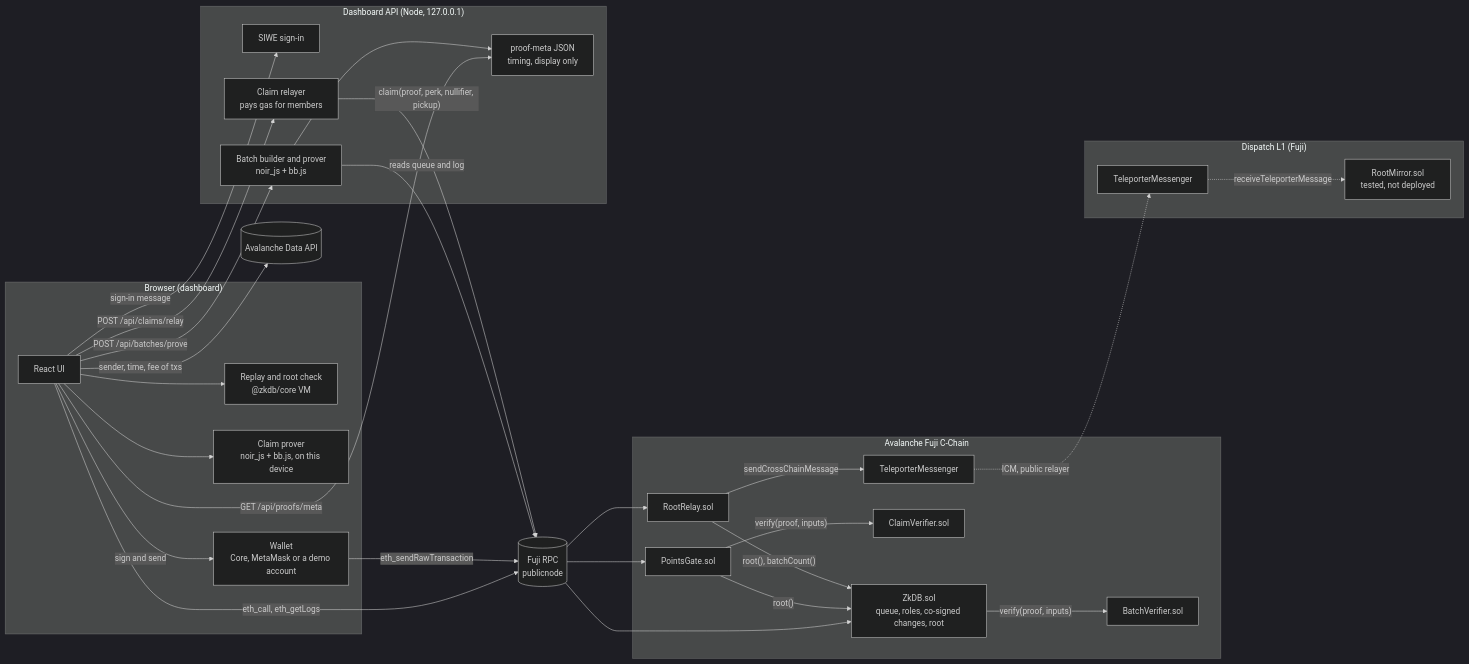
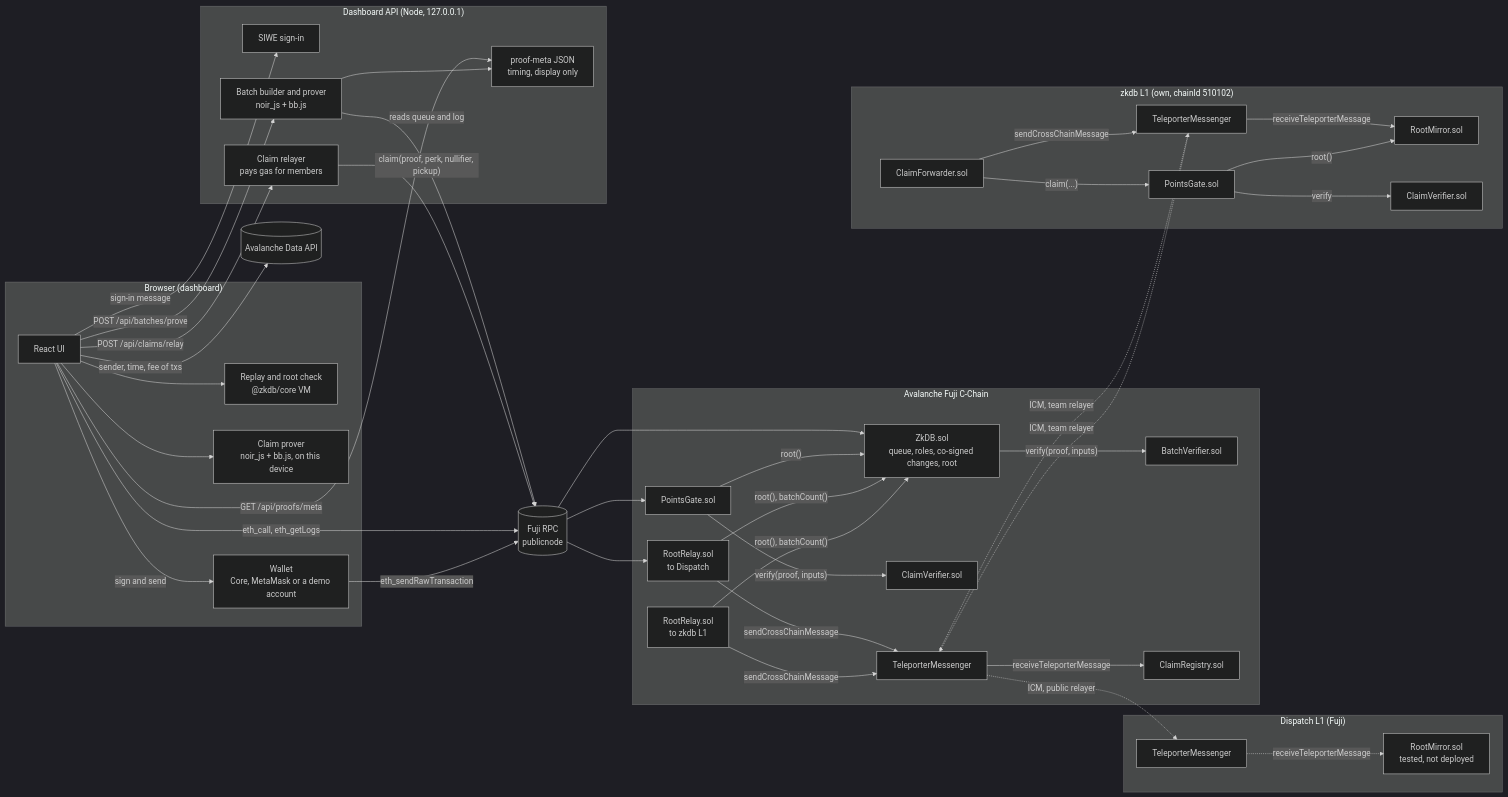
One commit to onlyvu/zkdb changed the first of 8 diagrams in docs/ARCHITECTURE.md. Above: the diagram before and after it, drawn with Mermaid (dark theme). The commit also changed other lines of this file and 36 other files, not shown here.

````diff
--- a/docs/ARCHITECTURE.md
+++ b/docs/ARCHITECTURE.md
@@ -17,53 +17,72 @@
 ```mermaid
 flowchart LR
   subgraph Browser["Browser (dashboard)"]
     UI["React UI"]
     Replay["Replay and root check<br/>@zkdb/core VM"]
     ClaimProver["Claim prover<br/>noir_js + bb.js, on this device"]
     Wallet["Wallet<br/>Core, MetaMask or a demo account"]
   end
   subgraph Server["Dashboard API (Node, 127.0.0.1)"]
     Auth["SIWE sign-in"]
     Prover["Batch builder and prover<br/>noir_js + bb.js"]
     Relayer["Claim relayer<br/>pays gas for members"]
     Meta["proof-meta JSON<br/>timing, display only"]
   end
   RPC[("Fuji RPC<br/>publicnode")]
   Glacier[("Avalanche Data API")]
   subgraph Fuji["Avalanche Fuji C-Chain"]
     ZkDB["ZkDB.sol<br/>queue, roles, co-signed changes, root"]
     BV["BatchVerifier.sol"]
     Gate["PointsGate.sol"]
     CV["ClaimVerifier.sol"]
-    Relay["RootRelay.sol"]
+    Relay["RootRelay.sol<br/>to Dispatch"]
+    RelayL1["RootRelay.sol<br/>to zkdb L1"]
+    Registry["ClaimRegistry.sol"]
     TP1["TeleporterMessenger"]
+  end
+  subgraph School["zkdb L1 (own, chainId 510102)"]
+    TP3["TeleporterMessenger"]
+    MirrorL1["RootMirror.sol"]
+    GateL1["PointsGate.sol"]
+    CVL1["ClaimVerifier.sol"]
+    Fwd["ClaimForwarder.sol"]
   end
   subgraph Dispatch["Dispatch L1 (Fuji)"]
     TP2["TeleporterMessenger"]
     Mirror["RootMirror.sol<br/>tested, not deployed"]
   end
 
   UI -->|"eth_call, eth_getLogs"| RPC
   UI -->|"sender, time, fee of txs"| Glacier
   UI --> Replay
   UI --> ClaimProver
   UI -->|"sign and send"| Wallet
   Wallet -->|"eth_sendRawTransaction"| RPC
   UI -->|"POST /api/batches/prove"| Prover
   UI -->|"POST /api/claims/relay"| Relayer
   UI -->|"sign-in message"| Auth
   UI -->|"GET /api/proofs/meta"| Meta
   Prover -->|"reads queue and log"| RPC
   Prover --> Meta
   Relayer -->|"claim(proof, perk, nullifier, pickup)"| RPC
   RPC --> ZkDB
   RPC --> Gate
   RPC --> Relay
   ZkDB -->|"verify(proof, inputs)"| BV
   Gate -->|"root()"| ZkDB
   Gate -->|"verify(proof, inputs)"| CV
   Relay -->|"root(), batchCount()"| ZkDB
   Relay -->|"sendCrossChainMessage"| TP1
   TP1 -.->|"ICM, public relayer"| TP2
   TP2 -.->|"receiveTeleporterMessage"| Mirror
+  RelayL1 -->|"root(), batchCount()"| ZkDB
+  RelayL1 -->|"sendCrossChainMessage"| TP1
+  TP1 -.->|"ICM, team relayer"| TP3
+  TP3 -->|"receiveTeleporterMessage"| MirrorL1
+  Fwd -->|"claim(...)"| GateL1
+  GateL1 -->|"root()"| MirrorL1
+  GateL1 -->|"verify"| CVL1
+  Fwd -->|"sendCrossChainMessage"| TP3
+  TP3 -.->|"ICM, team relayer"| TP1
+  TP1 -->|"receiveTeleporterMessage"| Registry
 ```
````
